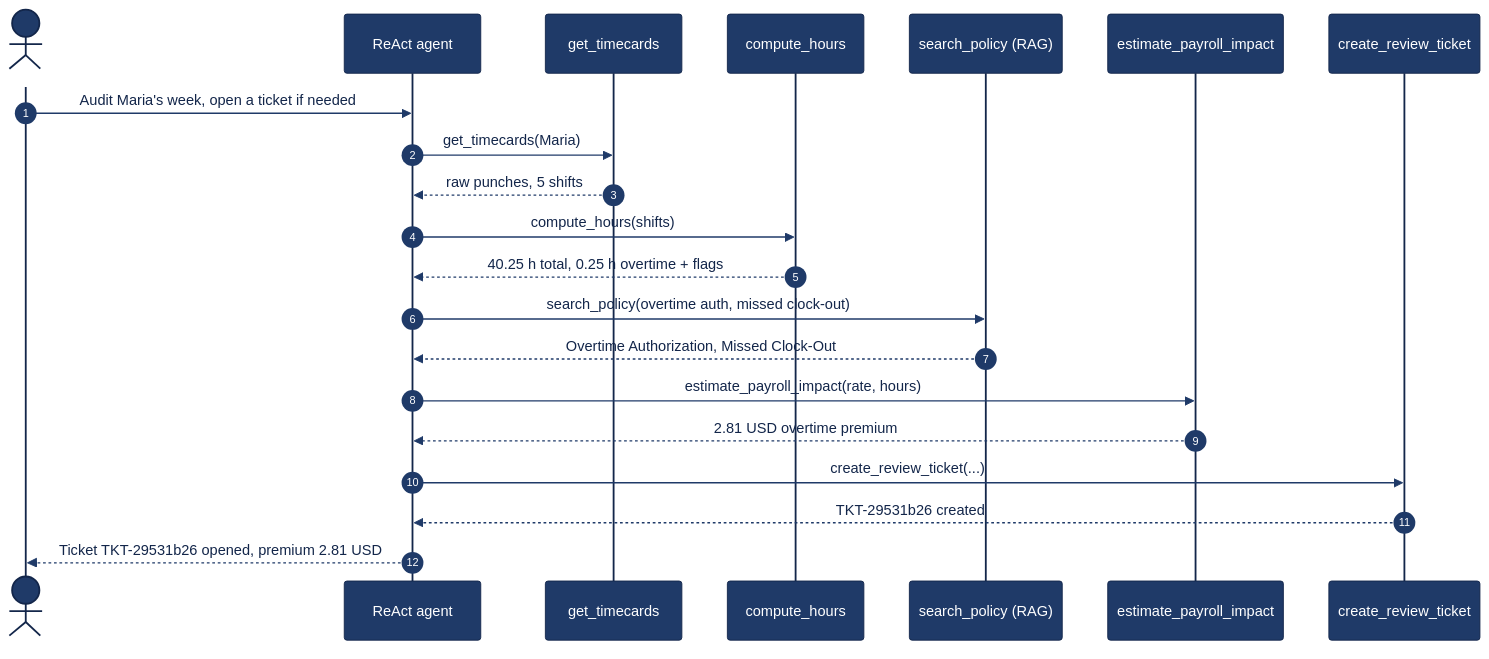
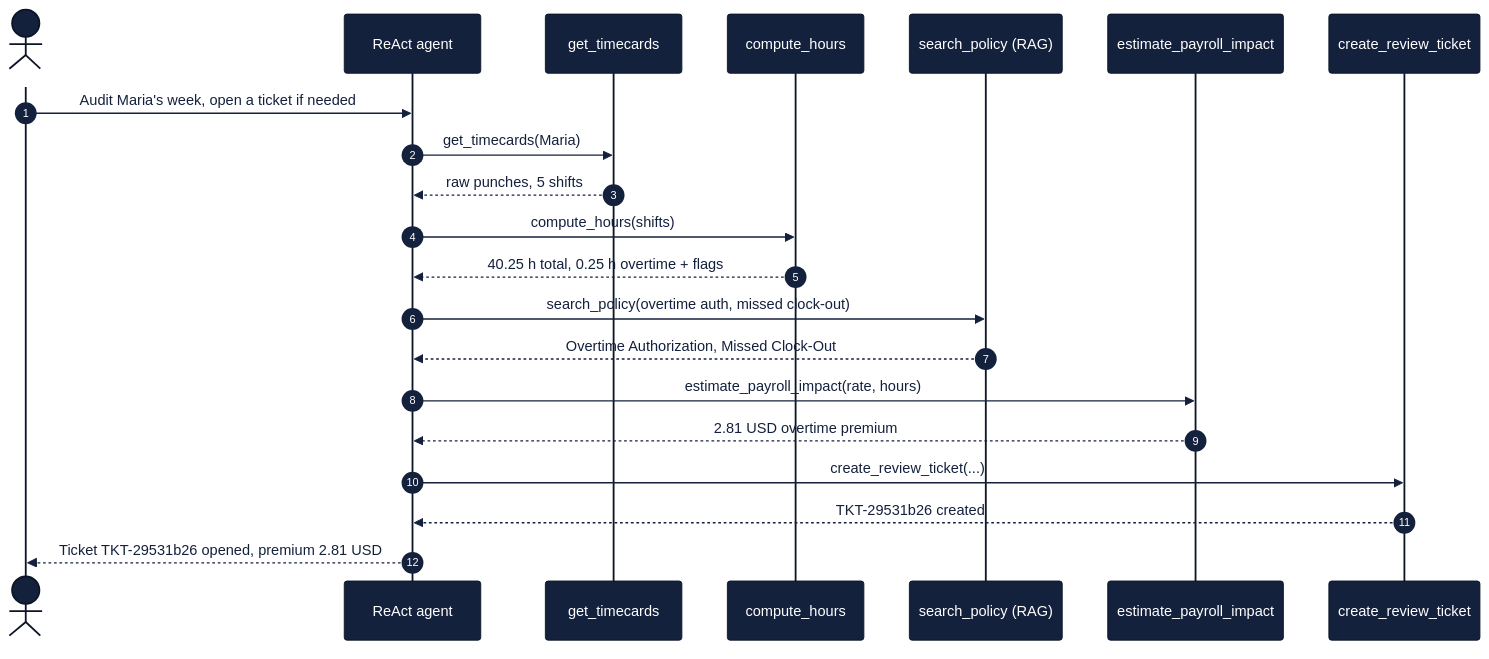
The third of 4 diagrams in README.md (2015pushkar/shiftguard_agent_v1), drawn with Mermaid before and after one commit. The commit also changed other lines of this file, not shown here.

Commit message:
docs: Update README with improved Mermaid diagram styles and refine future scope for productionizing

````diff
--- a/README.md
+++ b/README.md
@@ -89,25 +89,25 @@
 ```mermaid
-%%{init: {'theme':'base','themeVariables':{'actorBkg':'#1f3a68','actorBorder':'#13264a','actorTextColor':'#ffffff','signalColor':'#1f3a68','signalTextColor':'#13264a','noteBkgColor':'#ffe066','noteBorderColor':'#e8a200','noteTextColor':'#3d2c00','sequenceNumberColor':'#ffffff'}}}%%
+%%{init: {'theme':'base','themeVariables':{'actorBkg':'#14213d','actorBorder':'#0b1526','actorTextColor':'#ffffff','signalColor':'#14213d','signalTextColor':'#14213d','noteBkgColor':'#ffd23f','noteBorderColor':'#d4a017','noteTextColor':'#14213d','sequenceNumberColor':'#ffffff'}}}%%
 sequenceDiagram
     autonumber
     actor U as User
     participant A as ReAct agent
     participant TC as get_timecards
     participant CH as compute_hours
     participant P as search_policy (RAG)
     participant EP as estimate_payroll_impact
     participant TK as create_review_ticket
 
     U->>A: Audit Maria's week, open a ticket if needed
     A->>TC: get_timecards(Maria)
     TC-->>A: raw punches, 5 shifts
     A->>CH: compute_hours(shifts)
     CH-->>A: 40.25 h total, 0.25 h overtime + flags
     A->>P: search_policy(overtime auth, missed clock-out)
     P-->>A: Overtime Authorization, Missed Clock-Out
     A->>EP: estimate_payroll_impact(rate, hours)
     EP-->>A: 2.81 USD overtime premium
     A->>TK: create_review_ticket(...)
     TK-->>A: TKT-29531b26 created
     A-->>U: Ticket TKT-29531b26 opened, premium 2.81 USD
 ```
````
